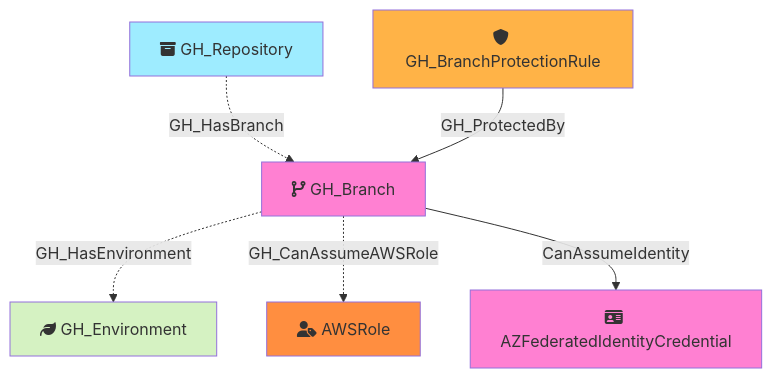
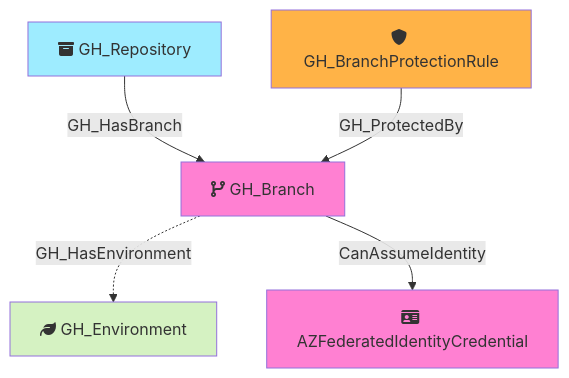
One commit to SpecterOps/GitHound changed the diagram in Documentation/Nodes/GH_Branch.md. Above: the diagram before and after it, drawn with Mermaid. The commit also changed other lines of this file and 10 other files, not shown here.

````diff
--- a/Documentation/Nodes/GH_Branch.md
+++ b/Documentation/Nodes/GH_Branch.md
@@ -37,22 +37,19 @@
 ```mermaid
 flowchart TD
     GH_Branch[fa:fa-code-branch GH_Branch]
     GH_Repository[fa:fa-box-archive GH_Repository]
     GH_BranchProtectionRule[fa:fa-shield GH_BranchProtectionRule]
     GH_Environment[fa:fa-leaf GH_Environment]
-    AWSRole[fa:fa-user-tag AWSRole]
     AZFederatedIdentityCredential[fa:fa-id-card AZFederatedIdentityCredential]
 
     style GH_Branch fill:#FF80D2
     style GH_Repository fill:#9EECFF
     style GH_BranchProtectionRule fill:#FFB347
     style GH_Environment fill:#D5F2C2
-    style AWSRole fill:#FF8E40
     style AZFederatedIdentityCredential fill:#FF80D2
 
-    GH_Repository -.->|GH_HasBranch| GH_Branch
+    GH_Repository -->|GH_HasBranch| GH_Branch
     GH_BranchProtectionRule -->|GH_ProtectedBy| GH_Branch
     GH_Branch -.->|GH_HasEnvironment| GH_Environment
-    GH_Branch -.->|GH_CanAssumeAWSRole| AWSRole
     GH_Branch -->|CanAssumeIdentity| AZFederatedIdentityCredential
 ```
````
